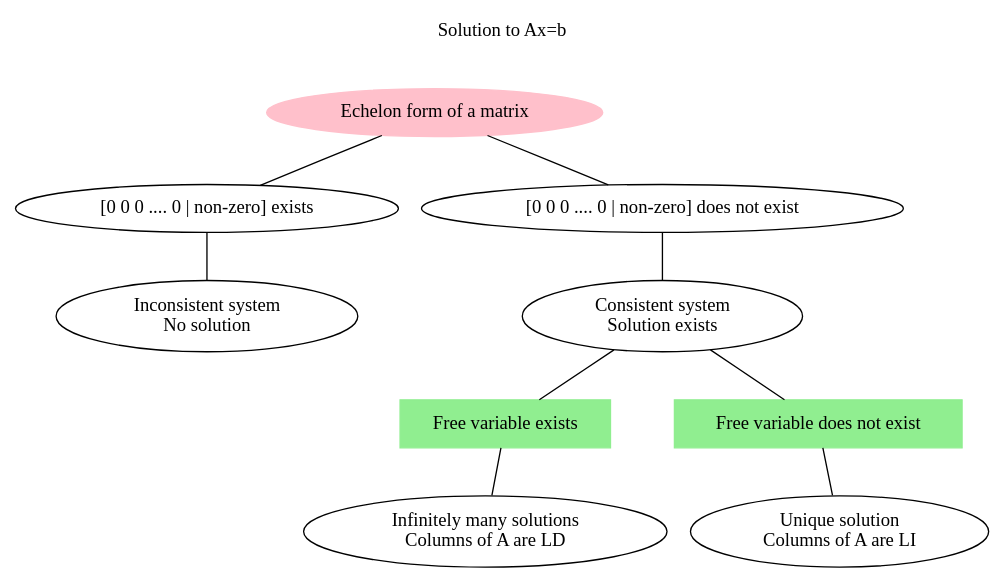
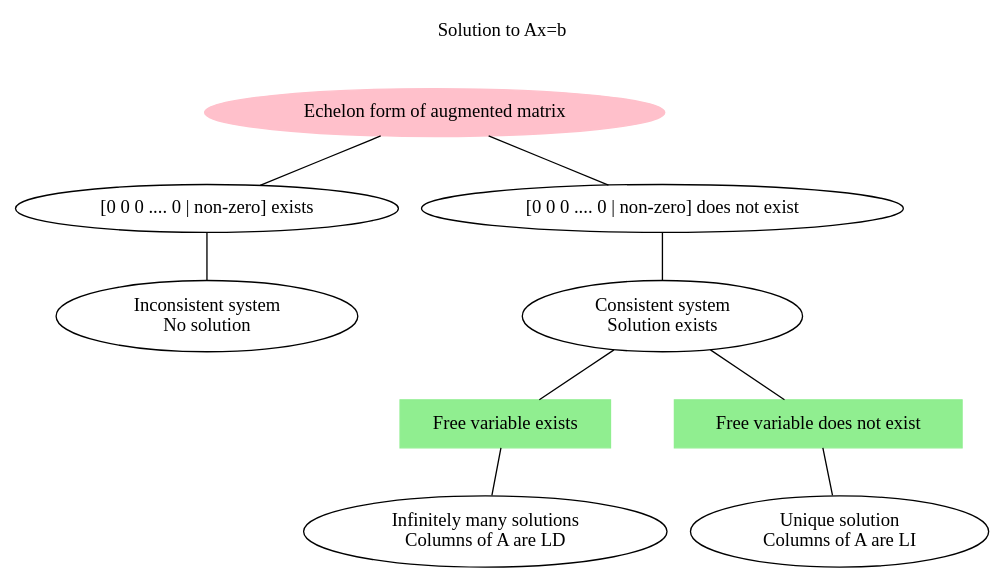
Before and after one commit to supremeimposter/My-Vault: the first of 2 diagrams in GATE/Linear-Algebra/Gaussian Elimination.md, drawn with Graphviz. The commit also changed other lines of this file and 3 other files, not shown here.

````diff
--- a/GATE/Linear-Algebra/Gaussian Elimination.md
+++ b/GATE/Linear-Algebra/Gaussian Elimination.md
@@ -108,22 +132,22 @@
 ```dot
 graph G {
 	label = "Solution to Ax=b\n\n\n";
 	labelloc = "t";
 
-	A[label="Echelon form of a matrix", style="filled", color="pink"];
+	A[label="Echelon form of augmented matrix", style="filled", color="pink"];
 	B[label="[0 0 0 .... 0 | non-zero] exists"];
 	C[label="Inconsistent system\nNo solution"];
 
 	D[label="[0 0 0 .... 0 | non-zero] does not exist"];
 	E[label="Consistent system\nSolution exists"];
 	F[label="Free variable exists", shape="box", color="lightgreen", style="filled"];
 	G[label="Free variable does not exist", shape="box", color="lightgreen", style="filled"];
 	H[label="Infinitely many solutions\nColumns of A are LD"];
 	I[label="Unique solution\nColumns of A are LI"];
 
 	A -- B; B -- C;
 	A -- D; D -- E;
 	E -- F; E -- G;
 	F -- H; G -- I;
 }
 ```
````
